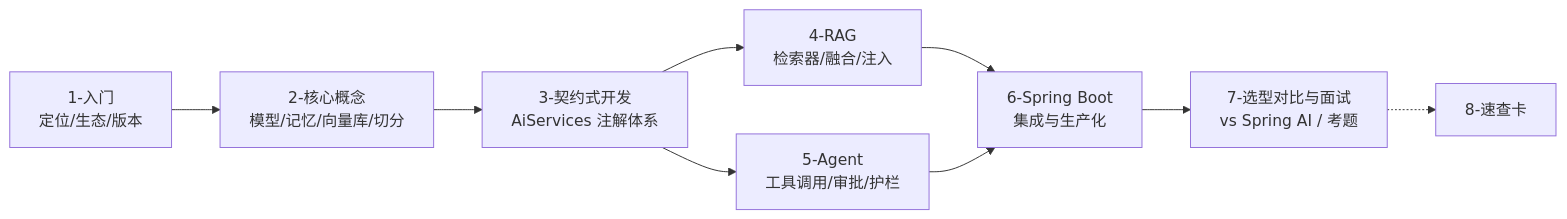
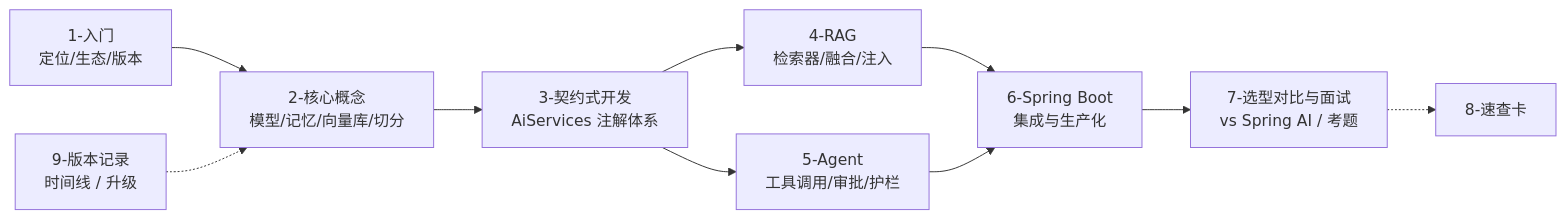
Before and after one commit to vic868/Deliberate: the diagram in 14-AI agent /LangChain4j/0-LangChain4j-知识库索引.md, drawn with Mermaid. The commit also changed other lines of this file and 5 other files, not shown here.

````diff
--- a/14-AI agent /LangChain4j/0-LangChain4j-知识库索引.md
+++ b/14-AI agent /LangChain4j/0-LangChain4j-知识库索引.md
@@ -33,11 +33,12 @@
 ```mermaid
 flowchart LR
     A["1-入门<br/>定位/生态/版本"] --> B["2-核心概念<br/>模型/记忆/向量库/切分"]
     B --> C["3-契约式开发<br/>AiServices 注解体系"]
     C --> D["4-RAG<br/>检索器/融合/注入"]
     C --> E["5-Agent<br/>工具调用/审批/护栏"]
     D --> F["6-Spring Boot<br/>集成与生产化"]
     E --> F
     F --> G["7-选型对比与面试<br/>vs Spring AI / 考题"]
     G -.-> H["8-速查卡"]
+    I["9-版本记录<br/>时间线 / 升级"] -.-> B
 ```
````
